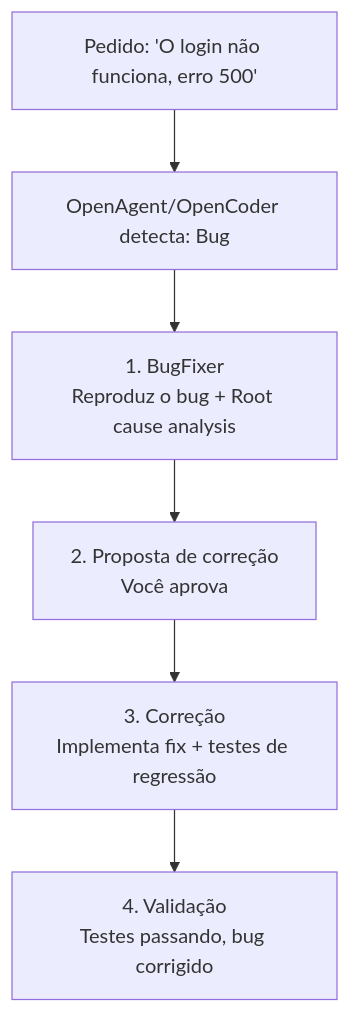
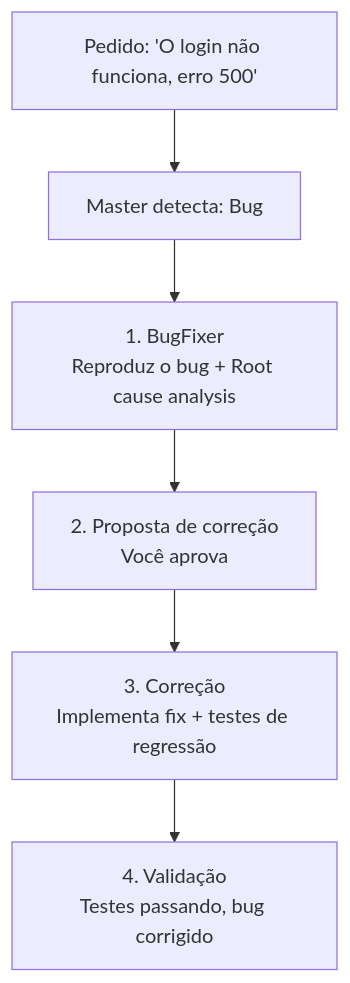
One commit to dgofreitas/opencode-workflow changed the fifth of 9 diagrams in USAGE_GUIDE.md. Above: the diagram before and after it, drawn with Mermaid. The commit also changed other lines of this file and 28 other files, not shown here.

````diff
--- a/USAGE_GUIDE.md
+++ b/USAGE_GUIDE.md
@@ -129,8 +105,8 @@
 ```mermaid
 graph TD
-    Start["Pedido: 'O login não funciona, erro 500'"] --> Detect["OpenAgent/OpenCoder detecta: Bug"]
+    Start["Pedido: 'O login não funciona, erro 500'"] --> Detect["Master detecta: Bug"]
     Detect --> BF["1. BugFixer<br/>Reproduz o bug + Root cause analysis"]
     BF --> Prop["2. Proposta de correção<br/>Você aprova"]
     Prop --> Fix["3. Correção<br/>Implementa fix + testes de regressão"]
     Fix --> Val["4. Validação<br/>Testes passando, bug corrigido"]
 ```
````
